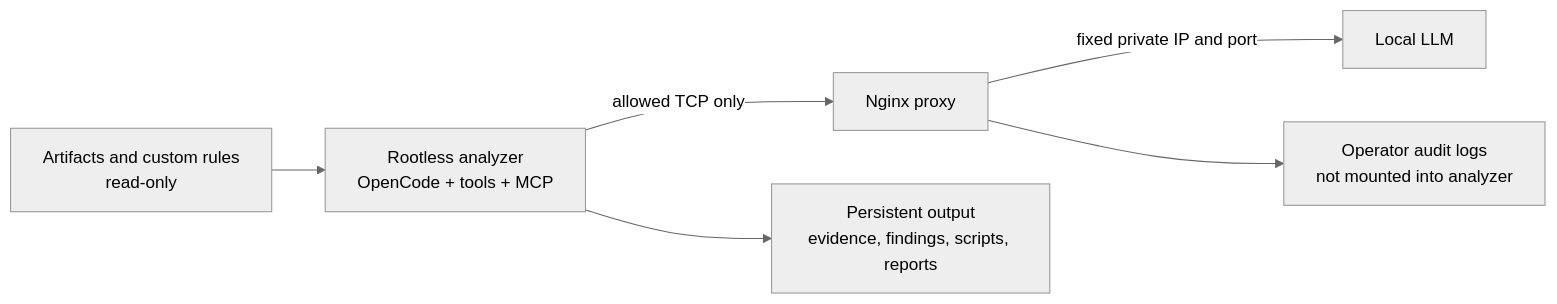
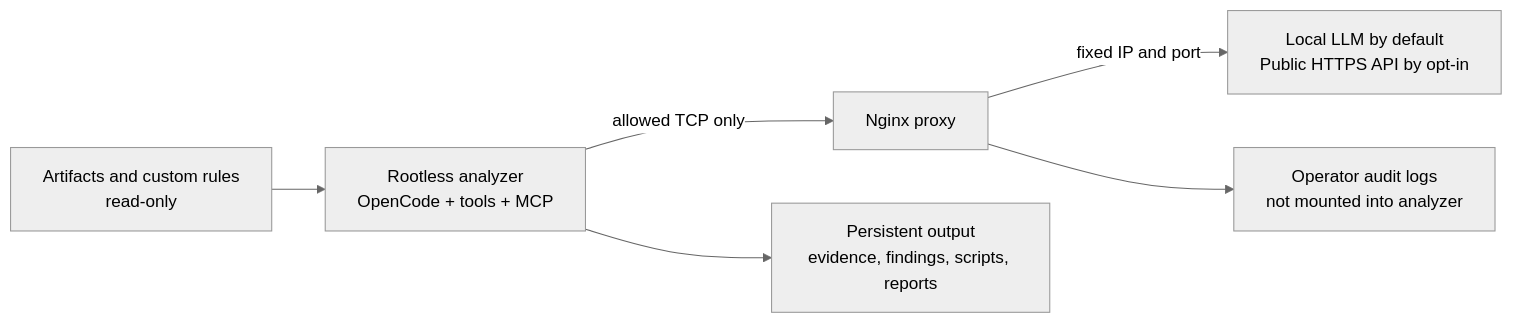
The diagram in README.md (fokken/mossback), drawn with Mermaid (neutral theme) before and after one commit. The commit also changed other lines of this file and 36 other files, not shown here.

Commit message:
feat: add Checkov, version resolution and opt-in public LLM providers

````diff
--- a/README.md
+++ b/README.md
@@ -10,8 +10,8 @@
 ```mermaid
 flowchart LR
     Input["Artifacts and custom rules<br/>read-only"] --> Analyzer["Rootless analyzer<br/>OpenCode + tools + MCP"]
     Analyzer -->|"allowed TCP only"| Proxy["Nginx proxy"]
-    Proxy -->|"fixed private IP and port"| LLM["Local LLM"]
+    Proxy -->|"fixed IP and port"| LLM["Local LLM by default<br/>Public HTTPS API by opt-in"]
     Analyzer --> Output["Persistent output<br/>evidence, findings, scripts, reports"]
     Proxy --> Audit["Operator audit logs<br/>not mounted into analyzer"]
 ```
````
